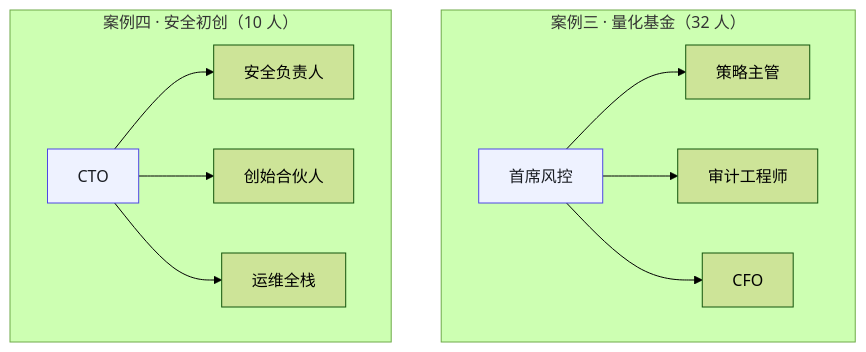
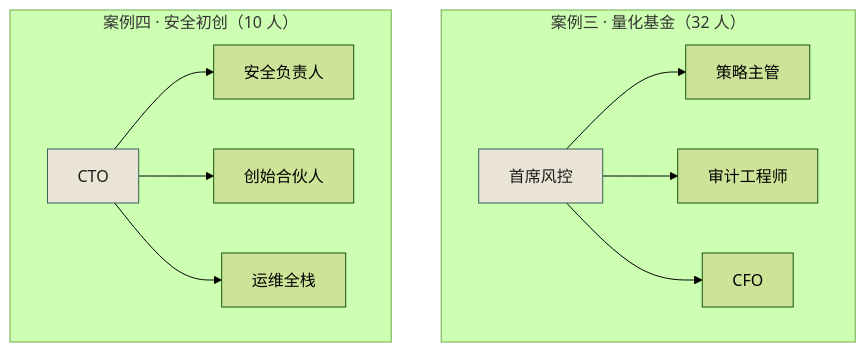
Before and after one commit to funny8kids/AI_Native_Software_Engineering: the second of 3 diagrams in docs/manuscript/ch04-角色设定卡.md, drawn with Mermaid (forest theme). The commit also changed other lines of this file and 81 other files, not shown here.

````diff
--- a/docs/manuscript/ch04-角色设定卡.md
+++ b/docs/manuscript/ch04-角色设定卡.md
@@ -23,15 +27,15 @@
 ```mermaid
 flowchart TB
   subgraph C3["案例三 · 量化基金（32 人）"]
     D1[首席风控] --> D2[策略主管]
     D1 --> D3[审计工程师]
     D1 --> D4[CFO]
   end
   subgraph C4["案例四 · 安全初创（10 人）"]
     E1[CTO] --> E2[安全负责人]
     E1 --> E3[创始合伙人]
     E1 --> E4[运维全栈]
   end
-  style D1 fill:#eef2ff,stroke:#4f46e5,color:#1a1d23
-  style E1 fill:#eef2ff,stroke:#4f46e5,color:#1a1d23
+  style D1 fill:#eae4d6,stroke:#2f6154,color:#1e1c19
+  style E1 fill:#eae4d6,stroke:#2f6154,color:#1e1c19
 ```
````
